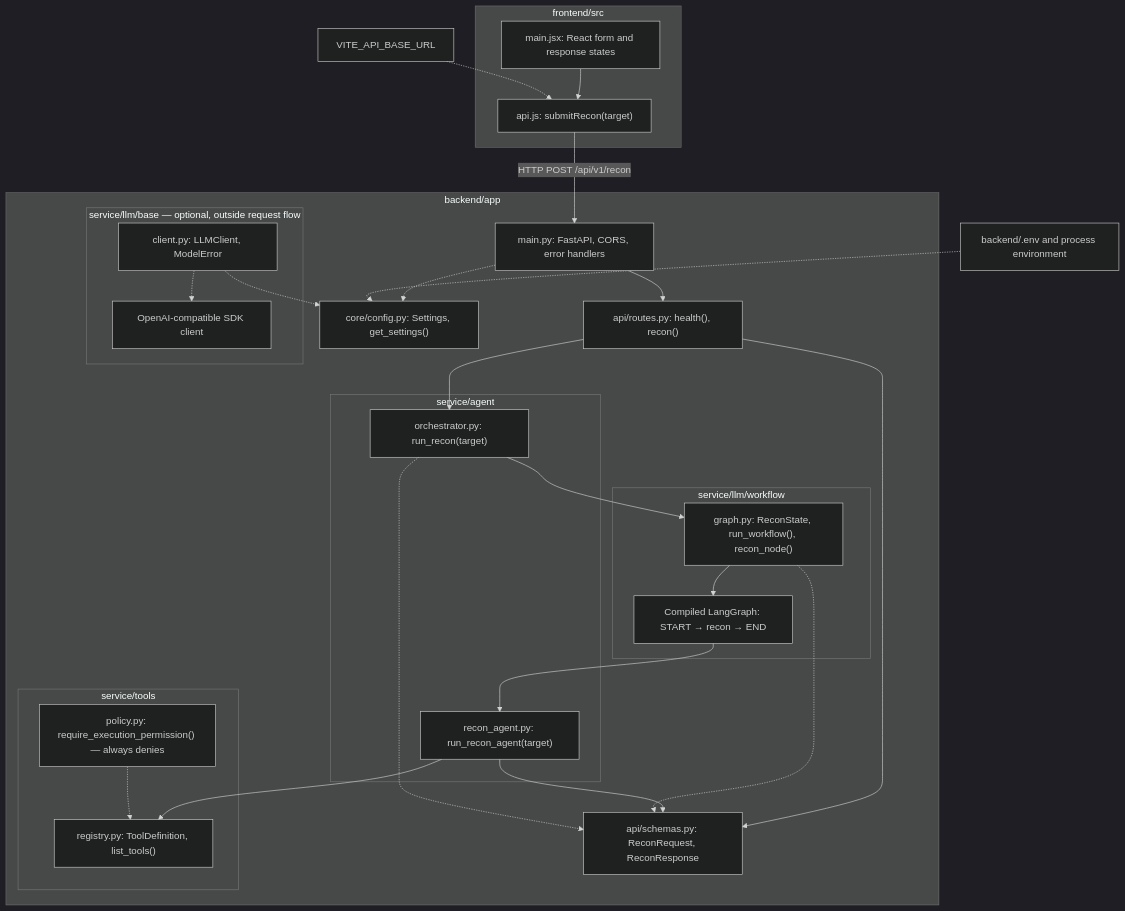
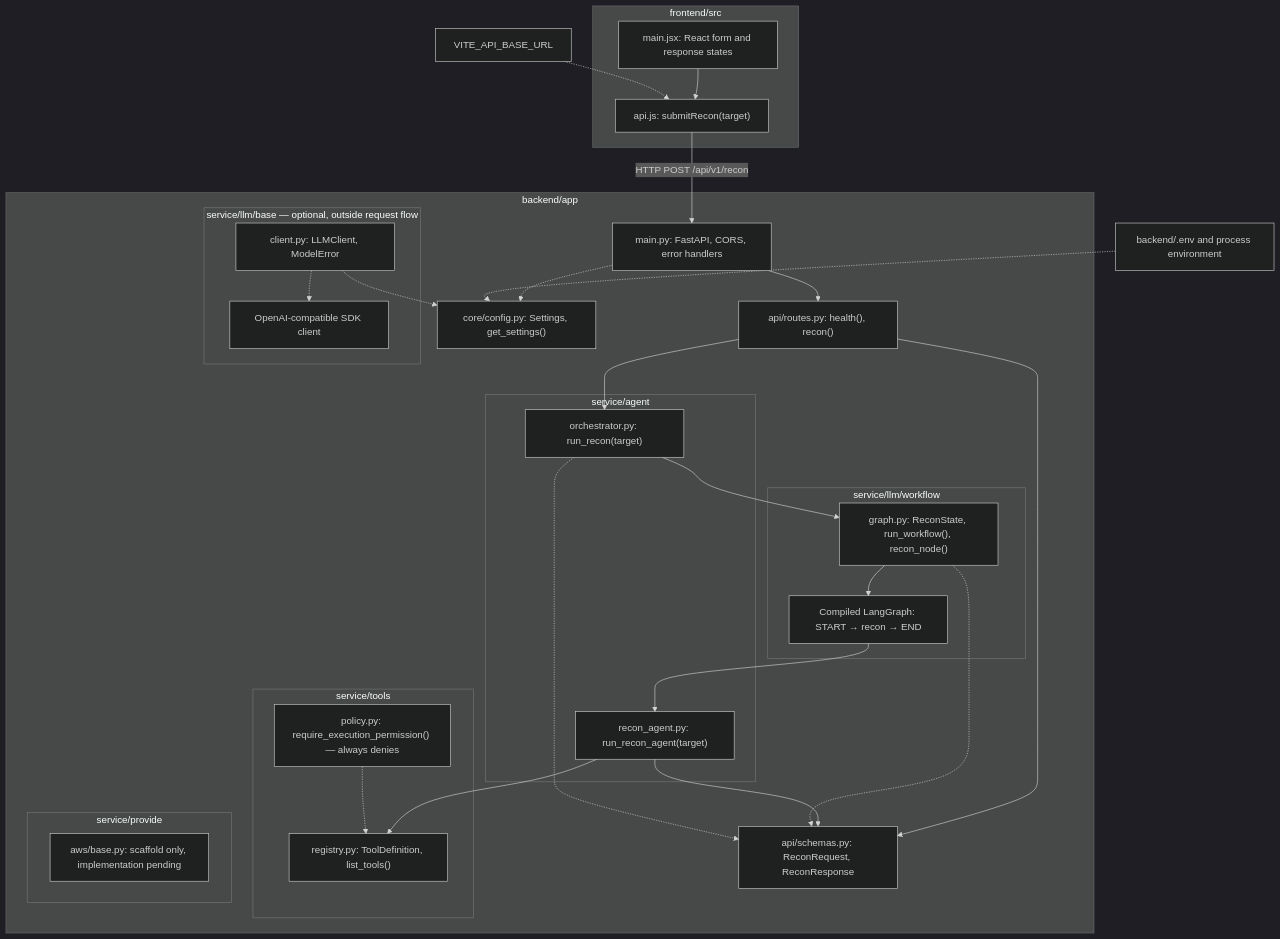
One commit to anubhavbuildz/recon-ai changed the second of 2 diagrams in docs/architecture.md. Above: the diagram before and after it, drawn with Mermaid (dark theme). The commit also changed other lines of this file and 14 other files, not shown here.

Commit message:
Add cloud optimizer chat UI and AWS provider scaffold

````diff
--- a/docs/architecture.md
+++ b/docs/architecture.md
@@ -73,54 +75,58 @@
 ```mermaid
 flowchart TB
     subgraph Frontend["frontend/src"]
         UI["main.jsx: React form and response states"]
         API["api.js: submitRecon(target)"]
         UI --> API
     end
 
     subgraph Backend["backend/app"]
         MAIN["main.py: FastAPI, CORS, error handlers"]
         CONFIG["core/config.py: Settings, get_settings()"]
         ROUTES["api/routes.py: health(), recon()"]
         SCHEMAS["api/schemas.py: ReconRequest, ReconResponse"]
 
         subgraph Agents["service/agent"]
             ORCH["orchestrator.py: run_recon(target)"]
             AGENT["recon_agent.py: run_recon_agent(target)"]
         end
 
         subgraph Workflow["service/llm/workflow"]
             GRAPH["graph.py: ReconState, run_workflow(), recon_node()"]
             LANGGRAPH["Compiled LangGraph: START → recon → END"]
         end
 
         subgraph Tools["service/tools"]
             REGISTRY["registry.py: ToolDefinition, list_tools()"]
             POLICY["policy.py: require_execution_permission() — always denies"]
         end
 
         subgraph OptionalLLM["service/llm/base — optional, outside request flow"]
             CLIENT["client.py: LLMClient, ModelError"]
             SDK["OpenAI-compatible SDK client"]
         end
 
+        subgraph Providers["service/provide"]
+            AWS["aws/base.py: scaffold only, implementation pending"]
+        end
+
         MAIN --> ROUTES
         MAIN -.-> CONFIG
         ROUTES --> SCHEMAS
         ROUTES --> ORCH
         ORCH --> GRAPH
         GRAPH --> LANGGRAPH
         LANGGRAPH --> AGENT
         AGENT --> REGISTRY
         AGENT --> SCHEMAS
         GRAPH -.-> SCHEMAS
         ORCH -.-> SCHEMAS
         POLICY -.-> REGISTRY
         CLIENT -.-> CONFIG
         CLIENT -.-> SDK
     end
 
     ENV["backend/.env and process environment"] -.-> CONFIG
     VITE["VITE_API_BASE_URL"] -.-> API
     API -->|"HTTP POST /api/v1/recon"| MAIN
 ```
````
